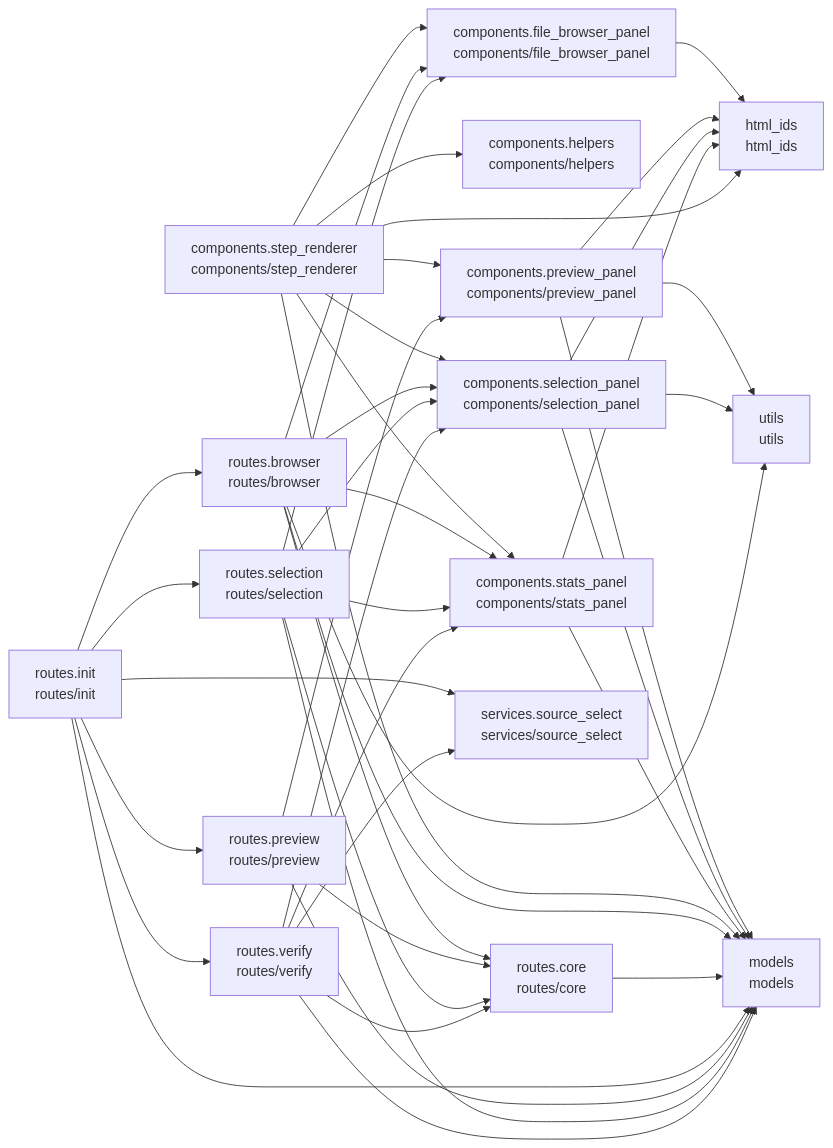
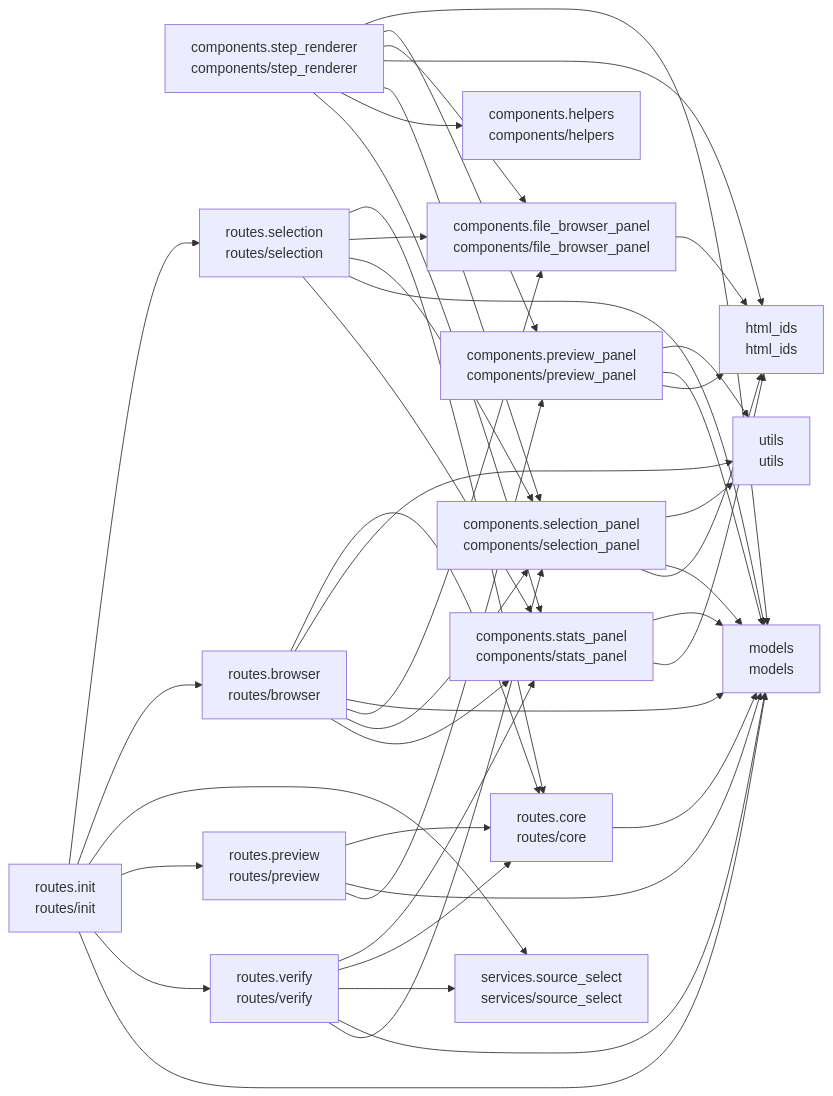
Before and after one commit to cj-mills/cjm-transcription-source-select: the diagram in README.md, drawn with Mermaid. The commit also changed other lines of this file and 13 other files, not shown here.

````diff
--- a/README.md
+++ b/README.md
@@ -39,62 +39,62 @@
 ``` mermaid
 graph LR
     components_file_browser_panel[components.file_browser_panel<br/>components/file_browser_panel]
     components_helpers[components.helpers<br/>components/helpers]
     components_preview_panel[components.preview_panel<br/>components/preview_panel]
     components_selection_panel[components.selection_panel<br/>components/selection_panel]
     components_stats_panel[components.stats_panel<br/>components/stats_panel]
     components_step_renderer[components.step_renderer<br/>components/step_renderer]
     html_ids[html_ids<br/>html_ids]
     models[models<br/>models]
     routes_browser[routes.browser<br/>routes/browser]
     routes_core[routes.core<br/>routes/core]
     routes_init[routes.init<br/>routes/init]
     routes_preview[routes.preview<br/>routes/preview]
     routes_selection[routes.selection<br/>routes/selection]
     routes_verify[routes.verify<br/>routes/verify]
     services_source_select[services.source_select<br/>services/source_select]
     utils[utils<br/>utils]
 
     components_file_browser_panel --> html_ids
     components_preview_panel --> utils
+    components_preview_panel --> models
     components_preview_panel --> html_ids
-    components_preview_panel --> models
     components_selection_panel --> utils
+    components_selection_panel --> models
     components_selection_panel --> html_ids
-    components_selection_panel --> models
+    components_stats_panel --> models
     components_stats_panel --> html_ids
-    components_stats_panel --> models
+    components_step_renderer --> models
+    components_step_renderer --> components_preview_panel
     components_step_renderer --> components_file_browser_panel
-    components_step_renderer --> components_preview_panel
     components_step_renderer --> html_ids
+    components_step_renderer --> components_selection_panel
     components_step_renderer --> components_helpers
-    components_step_renderer --> models
-    components_step_renderer --> components_selection_panel
     components_step_renderer --> components_stats_panel
-    routes_browser --> components_file_browser_panel
     routes_browser --> routes_core
     routes_browser --> utils
     routes_browser --> models
+    routes_browser --> components_file_browser_panel
     routes_browser --> components_selection_panel
     routes_browser --> components_stats_panel
     routes_core --> models
-    routes_init --> models
     routes_init --> routes_selection
-    routes_init --> routes_verify
-    routes_init --> routes_preview
     routes_init --> routes_browser
     routes_init --> services_source_select
+    routes_init --> routes_preview
+    routes_init --> routes_verify
+    routes_init --> models
+    routes_preview --> routes_core
     routes_preview --> models
-    routes_preview --> routes_core
     routes_preview --> components_preview_panel
+    routes_selection --> routes_core
     routes_selection --> components_file_browser_panel
-    routes_selection --> routes_core
+    routes_selection --> components_selection_panel
     routes_selection --> models
-    routes_selection --> components_selection_panel
     routes_selection --> components_stats_panel
-    routes_verify --> models
+    routes_verify --> components_stats_panel
     routes_verify --> routes_core
     routes_verify --> services_source_select
-    routes_verify --> components_stats_panel
+    routes_verify --> models
     routes_verify --> components_selection_panel
 ```
````
